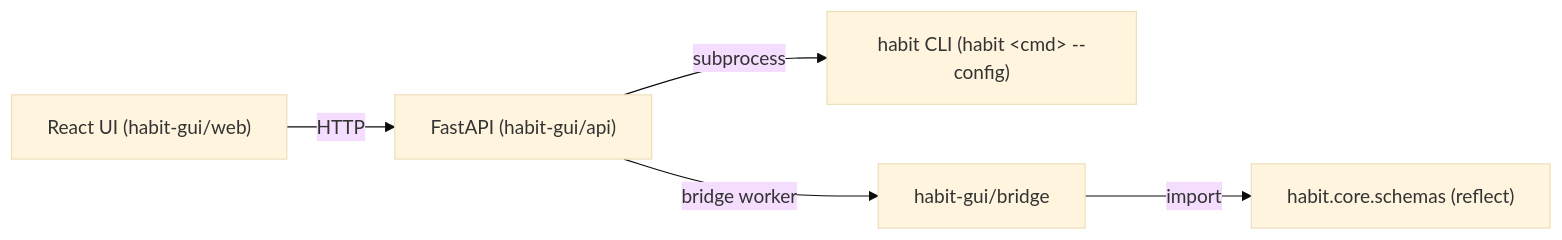
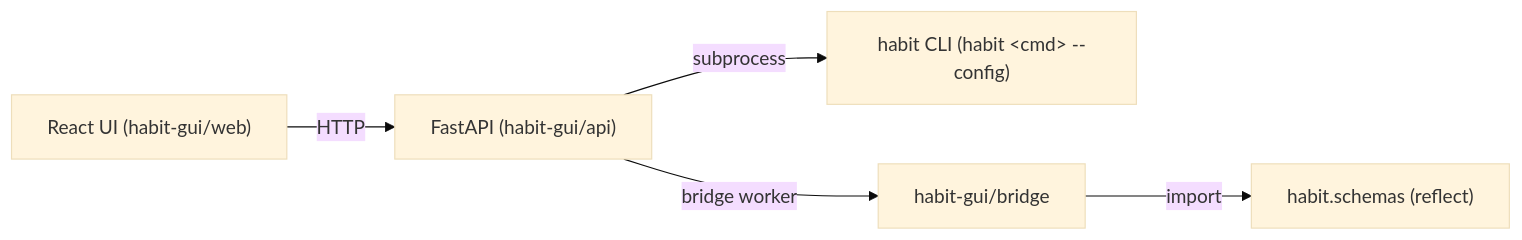
Before and after one commit to lichao312214129/HABIT: the second of 2 diagrams in docs/source/development/dev_workflow.rst, drawn with Mermaid (base theme). The commit also changed other lines of this file and 424 other files, not shown here.

First line of the commit message:
v1.0.0: API-first refactor — remove habit.core, add recipes/contracts/compat layers

```diff
--- a/docs/source/development/dev_workflow.rst
+++ b/docs/source/development/dev_workflow.rst
@@ -185,7 +185,7 @@
 .. mermaid::
 
    flowchart LR
      WEB["React UI (habit-gui/web)"] -->|HTTP| API["FastAPI (habit-gui/api)"]
      API -->|subprocess| CLI["habit CLI (habit &lt;cmd&gt; --config)"]
      API -->|bridge worker| BR["habit-gui/bridge"]
-     BR -->|import| SCH["habit.core.schemas (reflect)"]
+     BR -->|import| SCH["habit.schemas (reflect)"]
```
